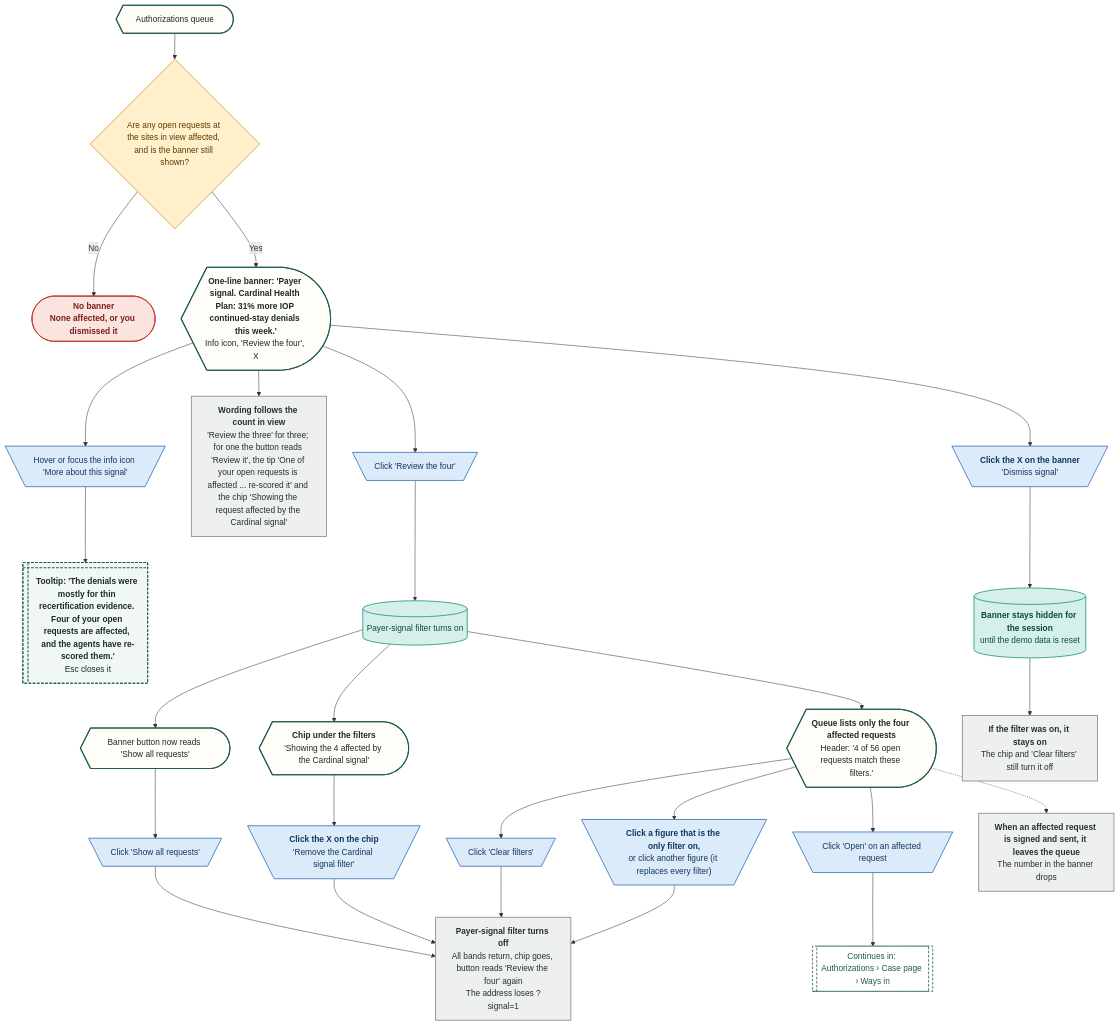
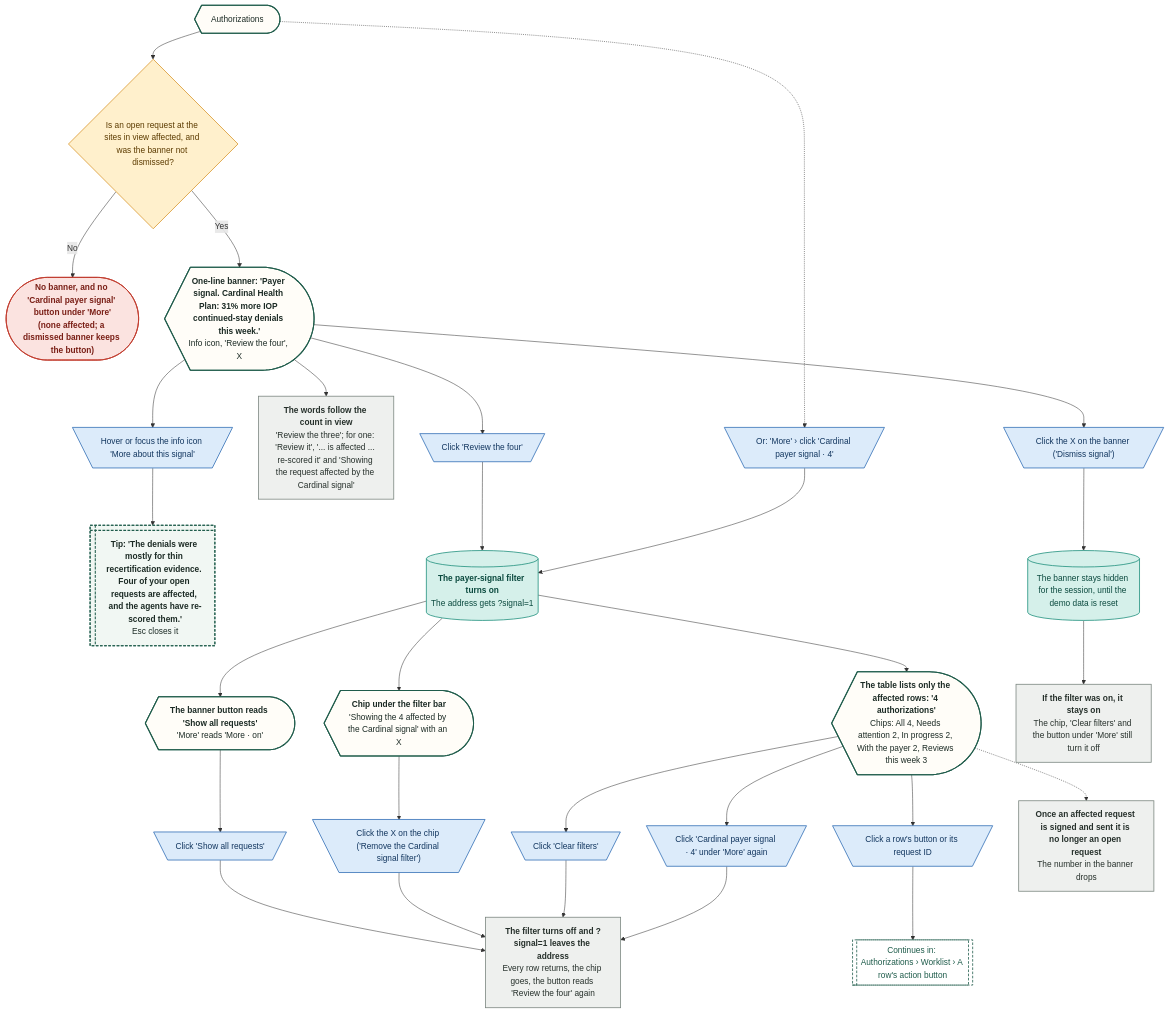
The ninth of 38 diagrams in demos/prior-auth-demo/workflows/out/md/03-authorizations.md (Shrav143/psyfloapp), drawn with Mermaid before and after one commit. The commit also changed other lines of this file and 113 other files, not shown here.

First line of the commit message:
docs: workflow diagrams for the merged Authorizations (worklist, approved, reviews and tracked cases, sidebar arrow), every link retargeted, 336 diagrams

````diff
--- a/demos/prior-auth-demo/workflows/out/md/03-authorizations.md
+++ b/demos/prior-auth-demo/workflows/out/md/03-authorizations.md
@@ -659,65 +747,68 @@
 ```mermaid
 %%{init: {"theme":"base","themeVariables":{"fontFamily":"'DM Sans', 'Segoe UI', system-ui, sans-serif","fontSize":"15px","lineColor":"#5B6B63","primaryTextColor":"#1C2B25","clusterBkg":"#FBF8F3","clusterBorder":"#D9CDBB","edgeLabelBackground":"#FFFFFF"},"flowchart":{"curve":"basis","nodeSpacing":36,"rankSpacing":48,"padding":12,"htmlLabels":true,"useMaxWidth":false,"wrappingWidth":230}} }%%
 flowchart TD
   classDef k_start fill:#1F5C4B,stroke:#174638,color:#FFFFFF,stroke-width:1.5px,font-weight:600
   classDef k_end fill:#DDEFE3,stroke:#2E7D4F,color:#14502F,stroke-width:1.5px,font-weight:600
   classDef k_endx fill:#FBE3E0,stroke:#C0392B,color:#7A1F16,stroke-width:1.5px,font-weight:600
   classDef k_screen fill:#FFFDF8,stroke:#1F5C4B,color:#1C2B25,stroke-width:2px
   classDef k_overlay fill:#F1F7F3,stroke:#1F5C4B,color:#1C2B25,stroke-width:2px,stroke-dasharray:5 3
   classDef k_click fill:#DCEBFA,stroke:#2F6DB5,color:#12365F,stroke-width:1.5px
   classDef k_input fill:#E4E7FF,stroke:#4C5FD5,color:#1D2670,stroke-width:1.5px
   classDef k_process fill:#EEF0EE,stroke:#7A857F,color:#26302B,stroke-width:1.5px
   classDef k_agent fill:#EEE5FA,stroke:#7A4FC2,color:#341A63,stroke-width:1.5px
   classDef k_decision fill:#FFF0CC,stroke:#D9962B,color:#5C3B00,stroke-width:1.5px
   classDef k_store fill:#D5F0EA,stroke:#1C8E7B,color:#0B4A3F,stroke-width:1.5px
   classDef k_doc fill:#F6E9DC,stroke:#B07A4C,color:#4A2E14,stroke-width:1.5px
   classDef k_ext fill:#FFE6D2,stroke:#E07B39,color:#6B2F06,stroke-width:1.5px
   classDef k_wait fill:#E4E8EE,stroke:#6B7C93,color:#26303D,stroke-width:1.5px
   classDef k_toast fill:#FFF9DB,stroke:#C9A400,color:#5A4A00,stroke-width:1.5px
   classDef k_goto fill:#FFFFFF,stroke:#1F5C4B,color:#1F5C4B,stroke-width:1.5px,stroke-dasharray:5 3
-  q@{ shape: curv-trap, label: "Authorizations queue" }
-  d0@{ shape: diam, label: "Are any open requests at the sites in view affected, and is the banner still shown?" }
-  e0@{ shape: stadium, label: "<b>No banner</b><br/>None affected, or you dismissed it" }
+  q@{ shape: curv-trap, label: "Authorizations" }
+  d0@{ shape: diam, label: "Is an open request at the sites in view affected, and was the banner not dismissed?" }
+  e0@{ shape: stadium, label: "<b>No banner, and no 'Cardinal payer signal' button under 'More'</b><br/>(none affected; a dismissed banner keeps the button)" }
   bn@{ shape: curv-trap, label: "<b>One-line banner: 'Payer signal. Cardinal Health Plan: 31% more IOP continued-stay denials this week.'</b><br/>Info icon, 'Review the four', X" }
   inf@{ shape: trap-t, label: "Hover or focus the info icon 'More about this signal'" }
-  tip@{ shape: win-pane, label: "<b>Tooltip: 'The denials were mostly for thin recertification evidence. Four of your open requests are affected, and the agents have re-scored them.'</b><br/>Esc closes it" }
-  wd@{ shape: rect, label: "<b>Wording follows the count in view</b><br/>'Review the three' for three; for one the button reads 'Review it', the tip 'One of your open requests is affected ... re-scored it' and the chip 'Showing the request affected by the Cardinal signal'" }
+  tip@{ shape: win-pane, label: "<b>Tip: 'The denials were mostly for thin recertification evidence. Four of your open requests are affected, and the agents have re-scored them.'</b><br/>Esc closes it" }
+  wd@{ shape: rect, label: "<b>The words follow the count in view</b><br/>'Review the three'; for one: 'Review it', '... is affected ... re-scored it' and 'Showing the request affected by the Cardinal signal'" }
   r@{ shape: trap-t, label: "Click 'Review the four'" }
-  sf@{ shape: cyl, label: "Payer-signal filter turns on" }
-  ls@{ shape: curv-trap, label: "<b>Queue lists only the four affected requests</b><br/>Header: '4 of 56 open requests match these filters.'" }
-  chip@{ shape: curv-trap, label: "<b>Chip under the filters</b><br/>'Showing the 4 affected by the Cardinal signal'" }
-  bb@{ shape: curv-trap, label: "Banner button now reads 'Show all requests'" }
+  mb@{ shape: trap-t, label: "Or: 'More' › click 'Cardinal payer signal · 4'" }
+  sf@{ shape: cyl, label: "<b>The payer-signal filter turns on</b><br/>The address gets ?signal=1" }
+  ls@{ shape: curv-trap, label: "<b>The table lists only the affected rows: '4 authorizations'</b><br/>Chips: All 4, Needs attention 2, In progress 2, With the payer 2, Reviews this week 3" }
+  chip@{ shape: curv-trap, label: "<b>Chip under the filter bar</b><br/>'Showing the 4 affected by the Cardinal signal' with an X" }
+  bb@{ shape: curv-trap, label: "<b>The banner button reads 'Show all requests'</b><br/>'More' reads 'More · on'" }
   sa@{ shape: trap-t, label: "Click 'Show all requests'" }
-  cx@{ shape: trap-t, label: "<b>Click the X on the chip</b><br/>'Remove the Cardinal signal filter'" }
+  cx@{ shape: trap-t, label: "Click the X on the chip ('Remove the Cardinal signal filter')" }
   cf@{ shape: trap-t, label: "Click 'Clear filters'" }
-  tl@{ shape: trap-t, label: "<b>Click a figure that is the only filter on,</b><br/>or click another figure (it replaces every filter)" }
-  off@{ shape: rect, label: "<b>Payer-signal filter turns off</b><br/>All bands return, chip goes, button reads 'Review the four' again<br/>The address loses ?signal=1" }
-  dis@{ shape: trap-t, label: "<b>Click the X on the banner</b><br/>'Dismiss signal'" }
-  hid@{ shape: cyl, label: "<b>Banner stays hidden for the session</b><br/>until the demo data is reset" }
-  stay@{ shape: rect, label: "<b>If the filter was on, it stays on</b><br/>The chip and 'Clear filters' still turn it off" }
-  op@{ shape: trap-t, label: "Click 'Open' on an affected request" }
-  gC@{ shape: subproc, label: "Continues in: Authorizations › Case page › Ways in" }
-  sh@{ shape: rect, label: "<b>When an affected request is signed and sent, it leaves the queue</b><br/>The number in the banner drops" }
+  mo@{ shape: trap-t, label: "Click 'Cardinal payer signal · 4' under 'More' again" }
+  off@{ shape: rect, label: "<b>The filter turns off and ?signal=1 leaves the address</b><br/>Every row returns, the chip goes, the button reads 'Review the four' again" }
+  dis@{ shape: trap-t, label: "Click the X on the banner ('Dismiss signal')" }
+  hid@{ shape: cyl, label: "The banner stays hidden for the session, until the demo data is reset" }
+  stay@{ shape: rect, label: "<b>If the filter was on, it stays on</b><br/>The chip, 'Clear filters' and the button under 'More' still turn it off" }
+  op@{ shape: trap-t, label: "Click a row's button or its request ID" }
+  gC@{ shape: subproc, label: "Continues in: Authorizations › Worklist › A row's action button" }
+  sh@{ shape: rect, label: "<b>Once an affected request is signed and sent it is no longer an open request</b><br/>The number in the banner drops" }
   q --> d0
   d0 -->|"No"| e0
   d0 -->|"Yes"| bn --> wd
   bn --> inf --> tip
-  bn --> r --> sf --> ls
+  bn --> r --> sf
+  q -.-> mb --> sf
+  sf --> ls
   sf --> chip
   sf --> bb
   bb --> sa --> off
   chip --> cx --> off
   ls --> cf --> off
-  ls --> tl --> off
+  ls --> mo --> off
   bn --> dis --> hid --> stay
   ls --> op --> gC
   ls -.-> sh
   class q,bn,ls,chip,bb k_screen
   class d0 k_decision
   class e0 k_endx
-  class inf,r,sa,cx,cf,tl,dis,op k_click
+  class inf,r,mb,sa,cx,cf,mo,dis,op k_click
   class tip k_overlay
   class wd,off,stay,sh k_process
   class sf,hid k_store
   class gC k_goto
 ```
````
